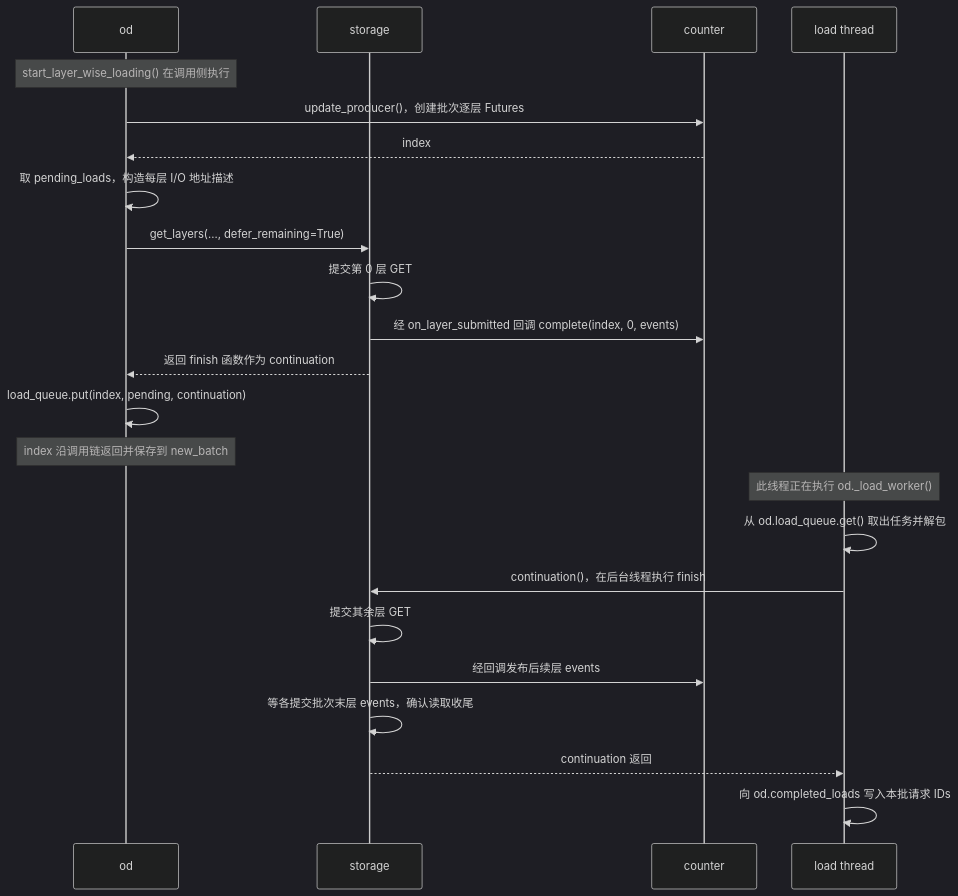
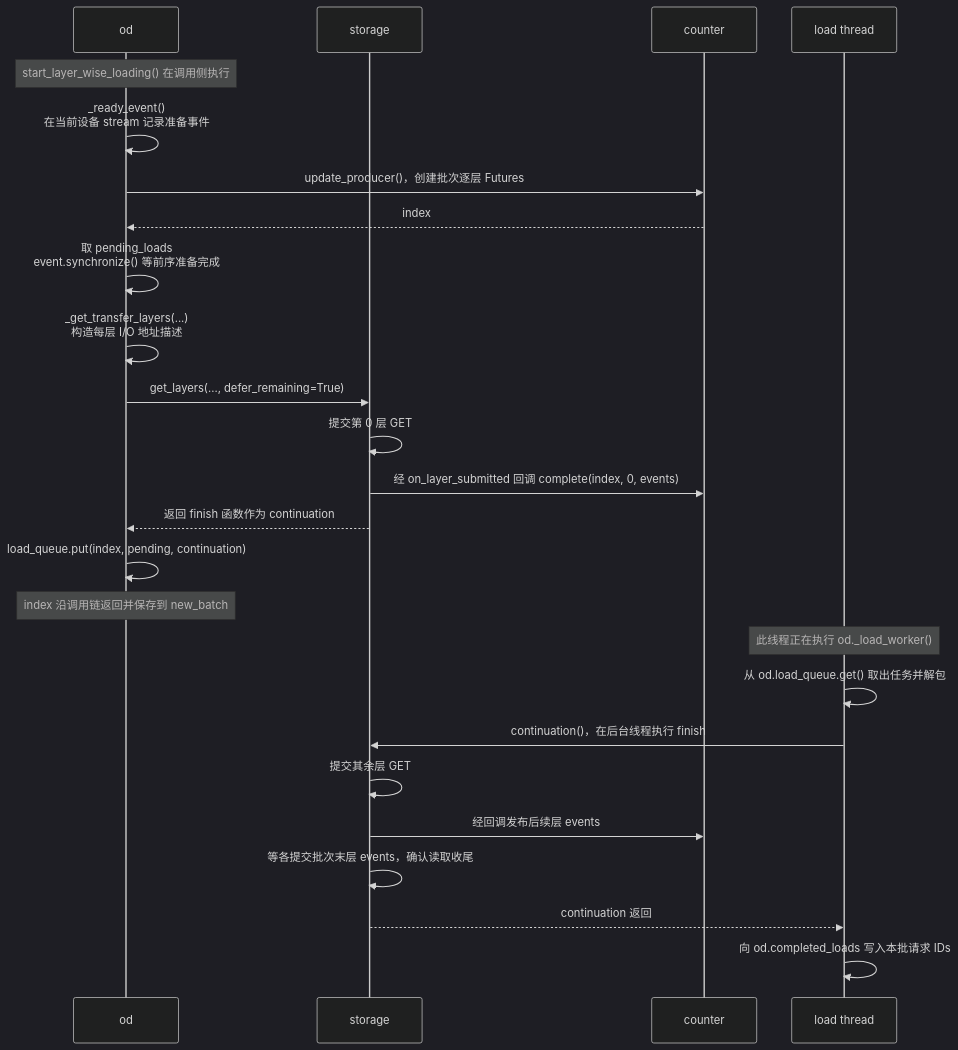
One commit to yuanzhg078/sglang changed the eighth of 13 diagrams in oceandisk_pc_architecture_walkthrough.md. Above: the diagram before and after it, drawn with Mermaid (dark theme). The commit also changed 1 other file, not shown here.

Commit message:
更新文档

````diff
--- a/oceandisk_pc_architecture_walkthrough.md
+++ b/oceandisk_pc_architecture_walkthrough.md
@@ -557,25 +557,27 @@
 ```mermaid
 sequenceDiagram
     participant D as od
     participant S as storage
     participant K as counter
     participant B as load thread
     Note over D: start_layer_wise_loading() 在调用侧执行
+    D->>D: _ready_event()<br/>在当前设备 stream 记录准备事件
     D->>K: update_producer()，创建批次逐层 Futures
     K-->>D: index
-    D->>D: 取 pending_loads，构造每层 I/O 地址描述
+    D->>D: 取 pending_loads<br/>event.synchronize() 等前序准备完成
+    D->>D: _get_transfer_layers(...)<br/>构造每层 I/O 地址描述
     D->>S: get_layers(..., defer_remaining=True)
     S->>S: 提交第 0 层 GET
     S->>K: 经 on_layer_submitted 回调 complete(index, 0, events)
     S-->>D: 返回 finish 函数作为 continuation
     D->>D: load_queue.put(index, pending, continuation)
     Note over D: index 沿调用链返回并保存到 new_batch
     Note over B: 此线程正在执行 od._load_worker()
     B->>B: 从 od.load_queue.get() 取出任务并解包
     B->>S: continuation()，在后台线程执行 finish
     S->>S: 提交其余层 GET
     S->>K: 经回调发布后续层 events
     S->>S: 等各提交批次末层 events，确认读取收尾
     S-->>B: continuation 返回
     B->>B: 向 od.completed_loads 写入本批请求 IDs
 ```
````
